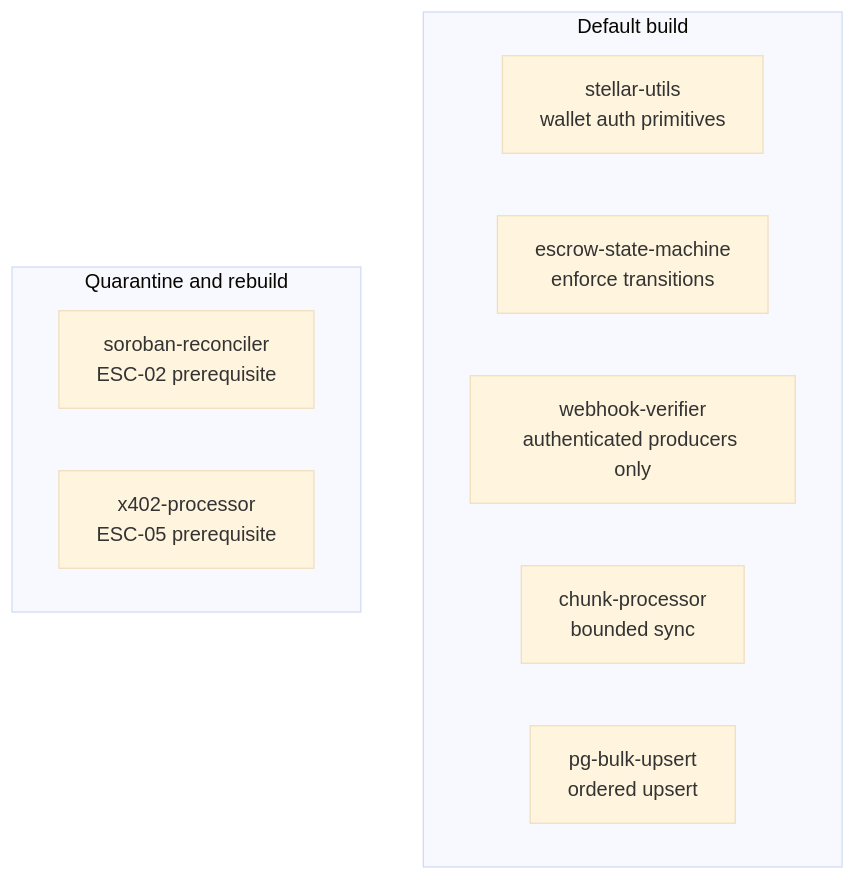
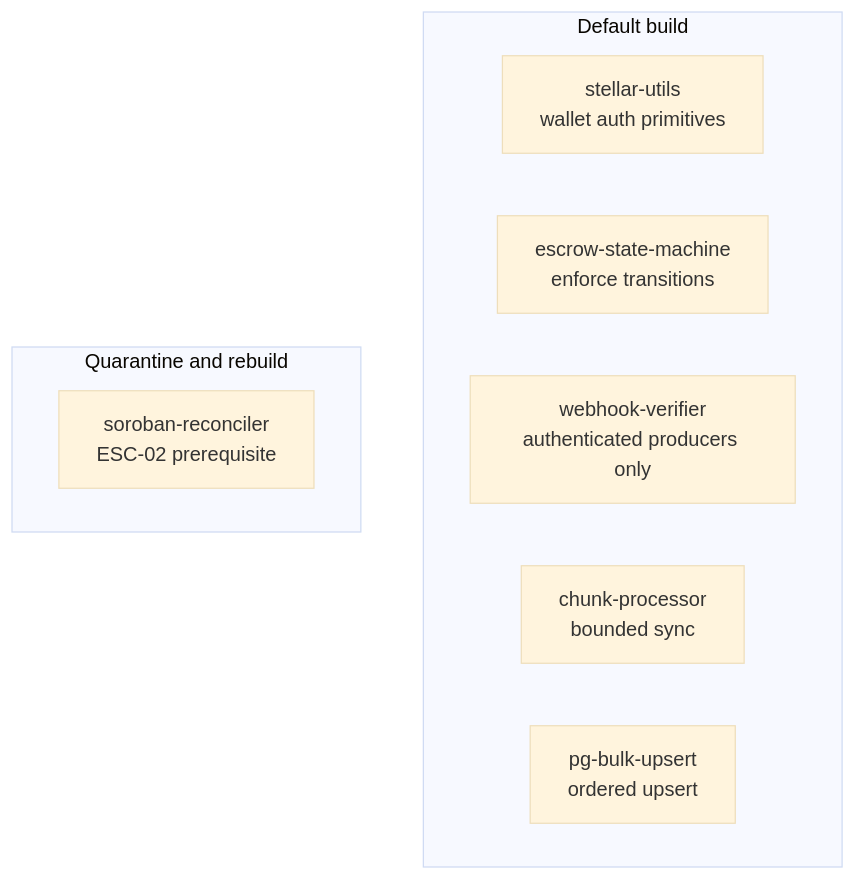
The first of 2 diagrams in docs/architecture/crate-boundaries.md (safetrustcr/backend-SafeTrust), drawn with Mermaid (base theme) before and after one commit. The commit also changed other lines of this file and 35 other files, not shown here.

````diff
--- a/docs/architecture/crate-boundaries.md
+++ b/docs/architecture/crate-boundaries.md
@@ -21,14 +20,13 @@
 ```mermaid
 flowchart TD
     subgraph Default build
         C1[stellar-utils\nwallet auth primitives]
         C2[escrow-state-machine\nenforce transitions]
         C3[webhook-verifier\nauthenticated producers only]
         C4[chunk-processor\nbounded sync]
         C5[pg-bulk-upsert\nordered upsert]
     end
     subgraph Quarantine and rebuild
         C7[soroban-reconciler\nESC-02 prerequisite]
-        C8[x402-processor\nESC-05 prerequisite]
     end
 ```
````
